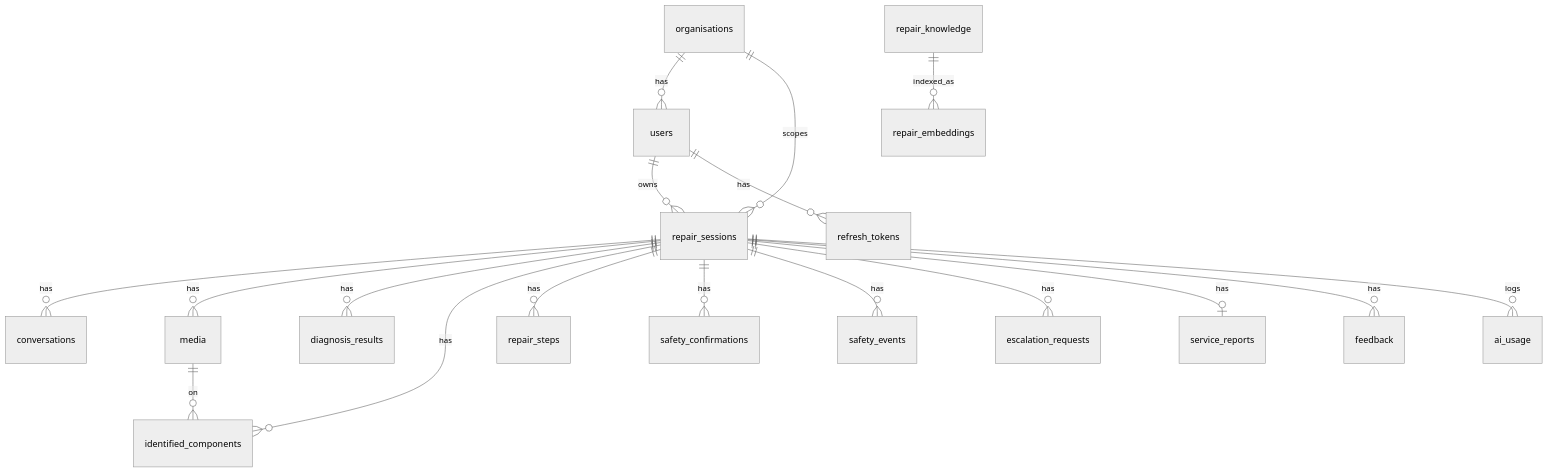
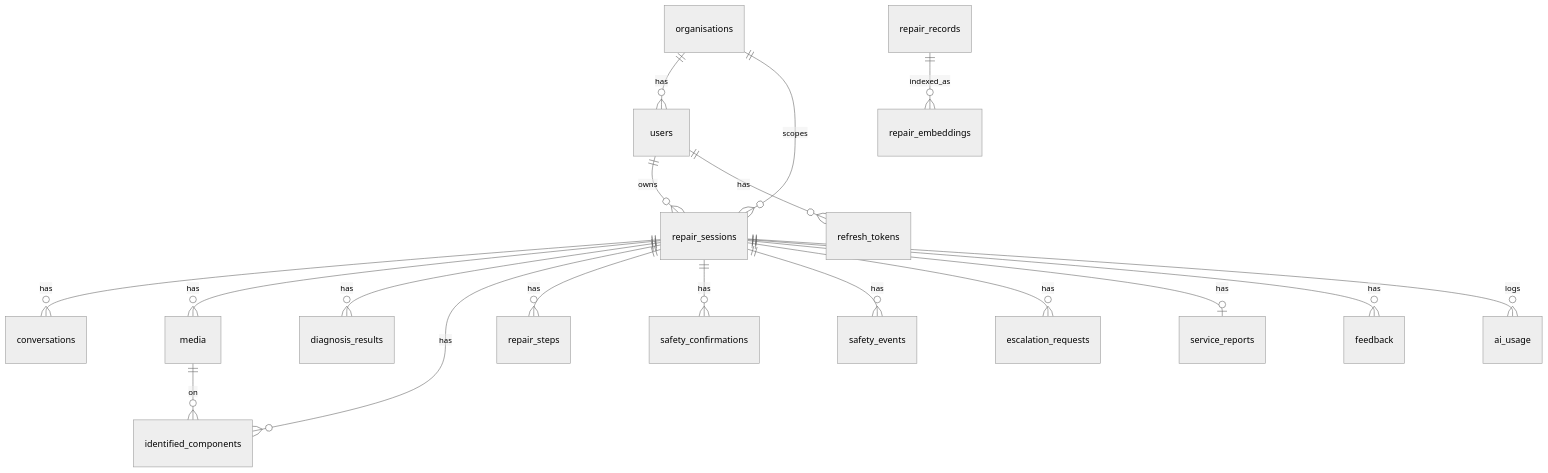
The second of 2 diagrams in docs/ARCHITECTURE.md (priyamthakur275/FixSathi), drawn with Mermaid (neutral theme) before and after one commit. The commit also changed other lines of this file and 6 other files, not shown here.

````diff
--- a/docs/ARCHITECTURE.md
+++ b/docs/ARCHITECTURE.md
@@ -27,20 +27,20 @@
 ```mermaid
 erDiagram
   organisations ||--o{ users : has
   users ||--o{ repair_sessions : owns
   organisations ||--o{ repair_sessions : scopes
   users ||--o{ refresh_tokens : has
   repair_sessions ||--o{ conversations : has
   repair_sessions ||--o{ media : has
   repair_sessions ||--o{ diagnosis_results : has
   repair_sessions ||--o{ identified_components : has
   media ||--o{ identified_components : on
   repair_sessions ||--o{ repair_steps : has
   repair_sessions ||--o{ safety_confirmations : has
   repair_sessions ||--o{ safety_events : has
   repair_sessions ||--o{ escalation_requests : has
   repair_sessions ||--o| service_reports : has
   repair_sessions ||--o{ feedback : has
   repair_sessions ||--o{ ai_usage : logs
-  repair_knowledge ||--o{ repair_embeddings : indexed_as
+  repair_records ||--o{ repair_embeddings : indexed_as
 ```
````
